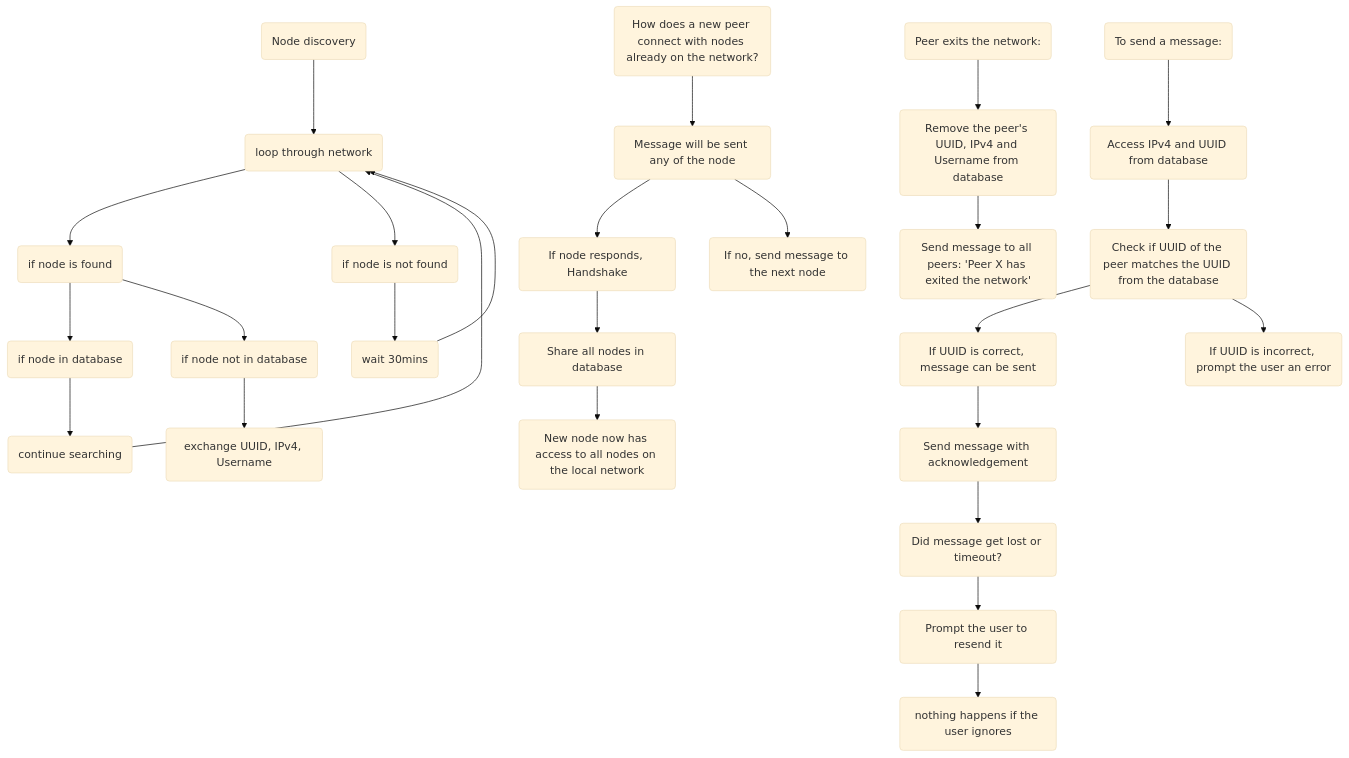
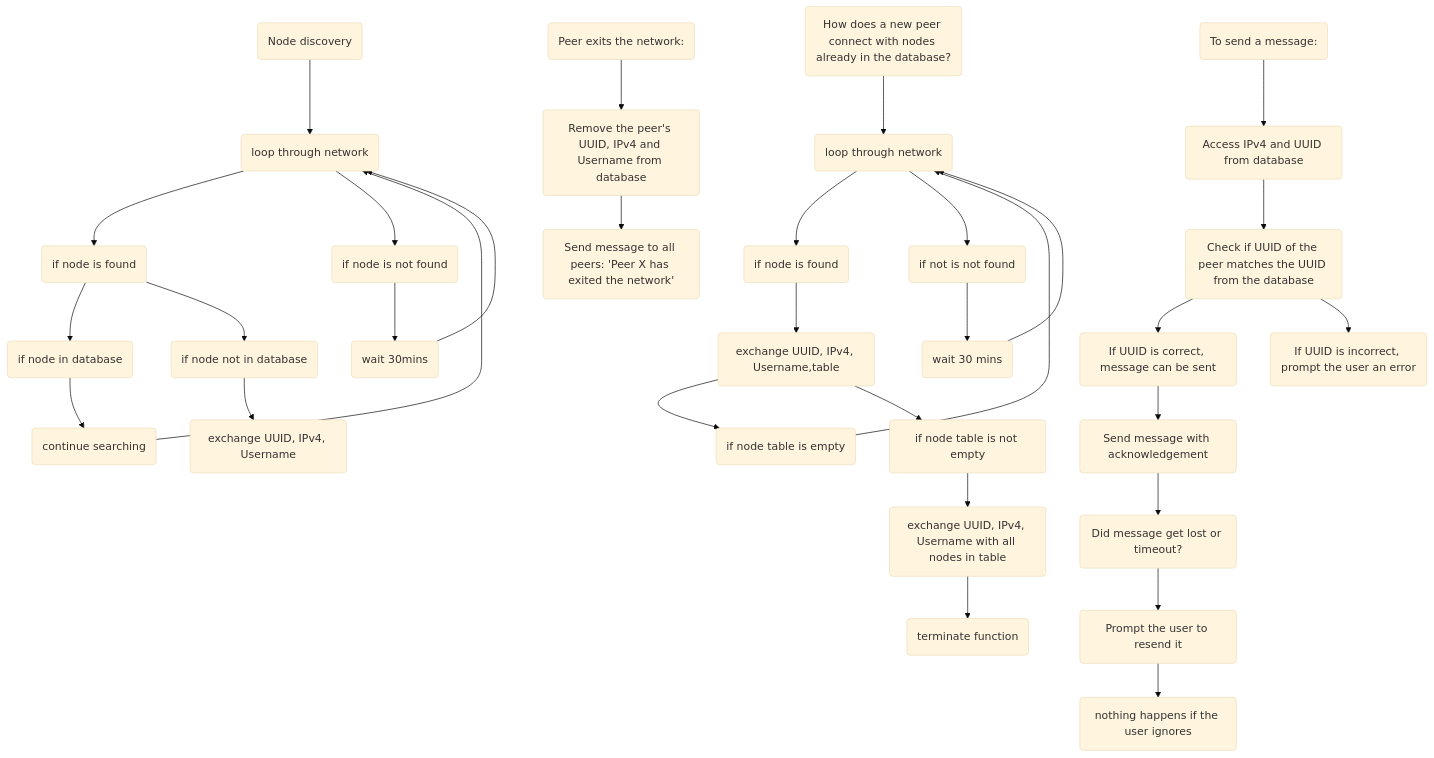
The diagram in diagram.md (kylegav/Chat-App), drawn with Mermaid (base theme) before and after one commit.

Commit message:
Update diagram.md
Revised and edited "How does a new peer connect with nodes already in the database" function

````diff
--- a/diagram.md
+++ b/diagram.md
@@ -1,29 +1,36 @@
 ```mermaid
 graph TD; 
 
     
     A(Node discovery) --> A10(loop through network)
     A10--> A1(if node is found)
     A10 -->A2(if node is not found)
     A1 --> A12(if node in database)
     A12--> A20(continue searching)
     A20-->A10
     A1 --> A13(if node not in database)
     A13--> A4(exchange UUID, IPv4, Username)
     A2 --> A11(wait 30mins)
     A11 --> A10
     
-    B(How does a new peer connect with nodes already on the network?)-->B1(Message will be sent to any of the nodes)
-    B1(Message will be sent any of the nodes)-->B2(If node responds, Handshake)
-    B1(Message will be sent any of the node)-->B3(If no, send message to the next node)
-    B2(If node responds, Handshake)-->B4(Share all nodes in database)
-    B4(Share all nodes in database) --> B5(New node now has access to all nodes on the local network)
+    B(How does a new peer connect with nodes already in the database?)
+    B -->B1(loop through network)
+    B1 --> B2(if node is found)
+    B2--> B7(exchange UUID, IPv4, Username,table)
+    B7 --> B3(if node table is empty)
+    B7 --> B4(if node table is not empty)
+    B3 --> B1
+    B4 --> B6(exchange UUID, IPv4, Username with all nodes in table)
+    B6 --> B5(terminate function)
+    B1 --> B9(if not is not found)
+    B9 --> B10(wait 30 mins)
+    B10 --> B1
     
     C(To send a message:) --> C1(Access IPv4 and UUID from database) --> C2(Check if UUID of the peer matches the UUID from the database)-->C3(If UUID is correct, message can be sent)
     -->C5(Send message with acknowledgement)-->C6(Did message get lost or timeout?)-->C7(Prompt the user to resend it)-->C8(nothing happens if the user ignores)
     C2(Check if UUID of the peer matches the UUID from the database)-->C4(If UUID is incorrect, prompt the user an error)
     
     D(Peer exits the network:) --> D1(Remove the peer's UUID, IPv4 and Username from database) --> D2(Send message to all peers: 'Peer X has exited the network')
     
     
 ```
````
